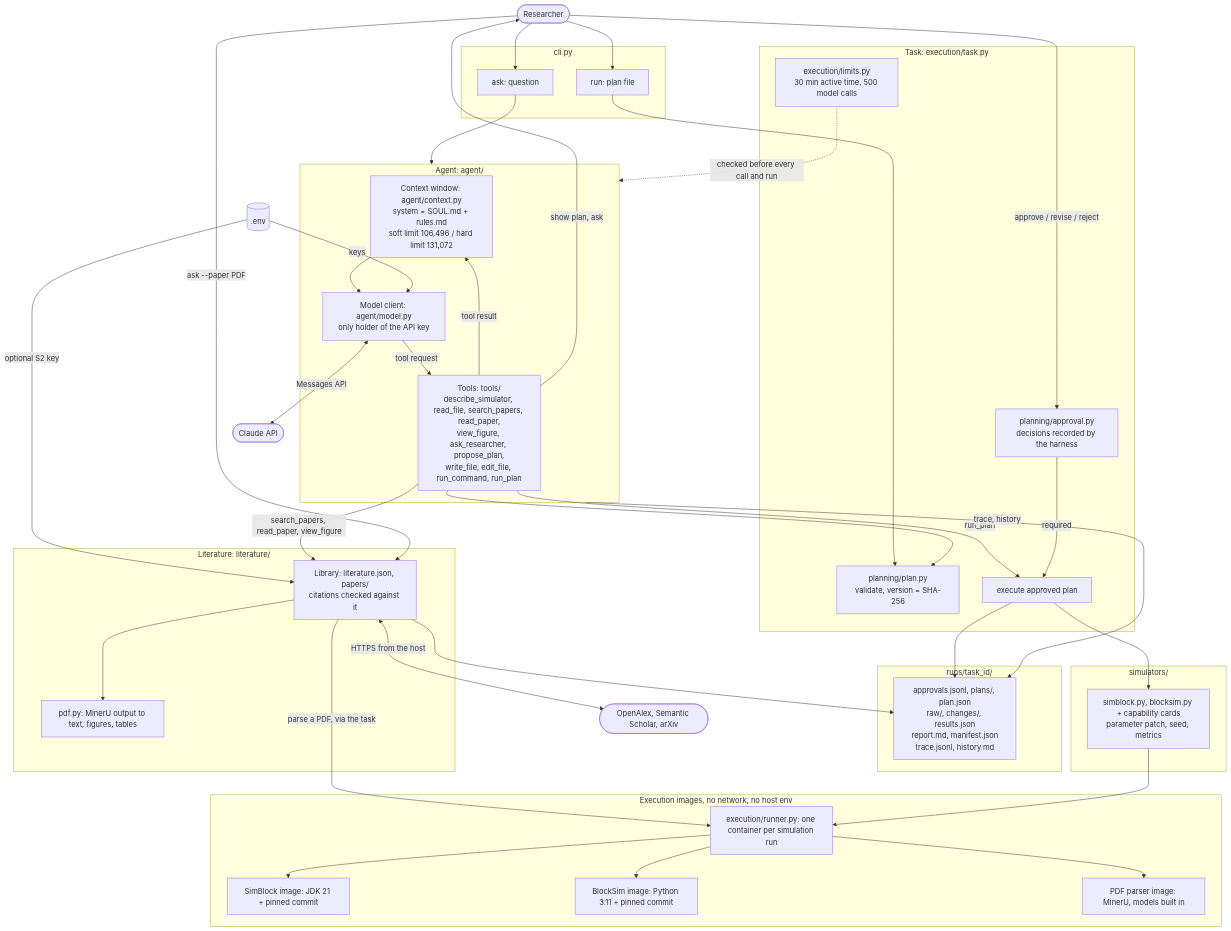
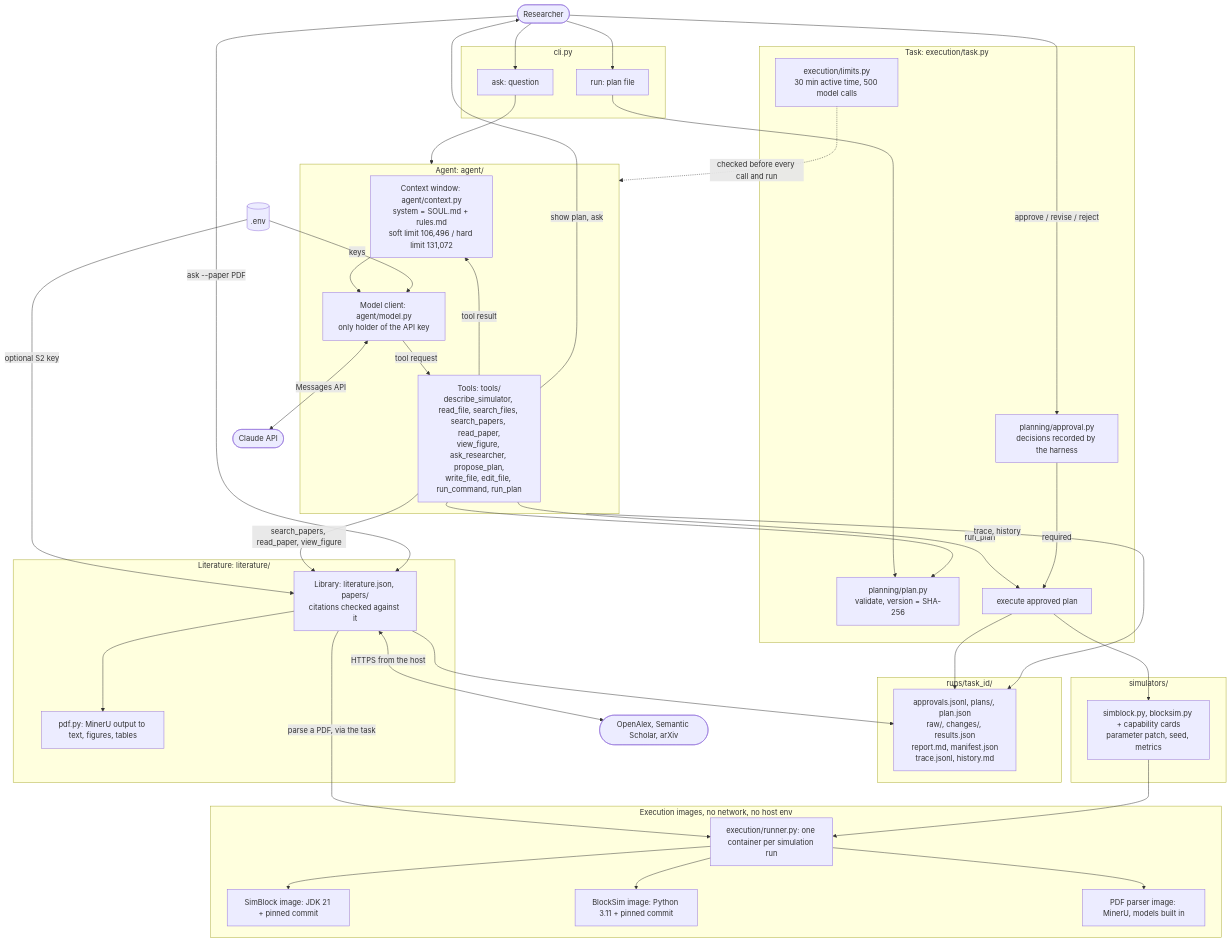
Before and after one commit to teiyou416/abc-harness: the diagram in docs/architecture.md, drawn with Mermaid. The commit also changed other lines of this file and 7 other files, not shown here.

````diff
--- a/docs/architecture.md
+++ b/docs/architecture.md
@@ -8,67 +8,67 @@
 ```mermaid
 flowchart TB
     R(["Researcher"])
 
     subgraph CLI["cli.py"]
         ASK["ask: question"]
         RUN["run: plan file"]
     end
 
     subgraph LOOP["Agent: agent/"]
         CTX["Context window: agent/context.py<br/>system = SOUL.md + rules.md<br/>soft limit 106,496 / hard limit 131,072"]
         LLM["Model client: agent/model.py<br/>only holder of the API key"]
-        TOOLS["Tools: tools/<br/>describe_simulator, read_file, search_papers, read_paper,<br/>view_figure, ask_researcher, propose_plan,<br/>write_file, edit_file, run_command, run_plan"]
+        TOOLS["Tools: tools/<br/>describe_simulator, read_file, search_files, search_papers, read_paper,<br/>view_figure, ask_researcher, propose_plan,<br/>write_file, edit_file, run_command, run_plan"]
         CTX --> LLM -->|tool request| TOOLS -->|tool result| CTX
     end
 
     subgraph TASK["Task: execution/task.py"]
         PLAN["planning/plan.py<br/>validate, version = SHA-256"]
         APPROVAL["planning/approval.py<br/>decisions recorded by the harness"]
         LIMITS["execution/limits.py<br/>30 min active time, 500 model calls"]
         EXEC["execute approved plan"]
     end
 
     subgraph SIM["simulators/"]
         ADAPTER["simblock.py, blocksim.py + capability cards<br/>parameter patch, seed, metrics"]
     end
 
     subgraph DOCKER["Execution images, no network, no host env"]
         RUNNER["execution/runner.py: one container per simulation run"]
         SIMBLOCK["SimBlock image: JDK 21 + pinned commit"]
         BLOCKSIM["BlockSim image: Python 3.11 + pinned commit"]
         PDFIMG["PDF parser image: MinerU, models built in"]
         RUNNER --> SIMBLOCK
         RUNNER --> BLOCKSIM
         RUNNER --> PDFIMG
     end
 
     subgraph ART["runs/task_id/"]
         FILES["approvals.jsonl, plans/, plan.json<br/>raw/, changes/, results.json<br/>report.md, manifest.json<br/>trace.jsonl, history.md"]
     end
 
     subgraph LIT["Literature: literature/"]
         LIB["Library: literature.json, papers/<br/>citations checked against it"]
         PDF["pdf.py: MinerU output to text, figures, tables"]
         LIB --> PDF
     end
 
     ENV[(".env")] -->|keys| LLM
     ENV -->|optional S2 key| LIB
     TOOLS -->|search_papers, read_paper, view_figure| LIB
     LIB <-->|HTTPS from the host| ACADEMIC(["OpenAlex, Semantic Scholar, arXiv"])
     R -->|ask --paper PDF| LIB
     LIB -->|parse a PDF, via the task| RUNNER
     LIB --> FILES
     LLM <-->|Messages API| CLAUDE(["Claude API"])
     R --> ASK --> LOOP
     R --> RUN --> PLAN
     TOOLS --> PLAN
     TOOLS -->|show plan, ask| R
     R -->|approve / revise / reject| APPROVAL
     TOOLS -->|run_plan| EXEC
     APPROVAL -->|required| EXEC
     LIMITS -.->|checked before every call and run| LOOP
     EXEC --> ADAPTER --> RUNNER
     EXEC --> FILES
     LOOP -->|trace, history| FILES
 ```
````
